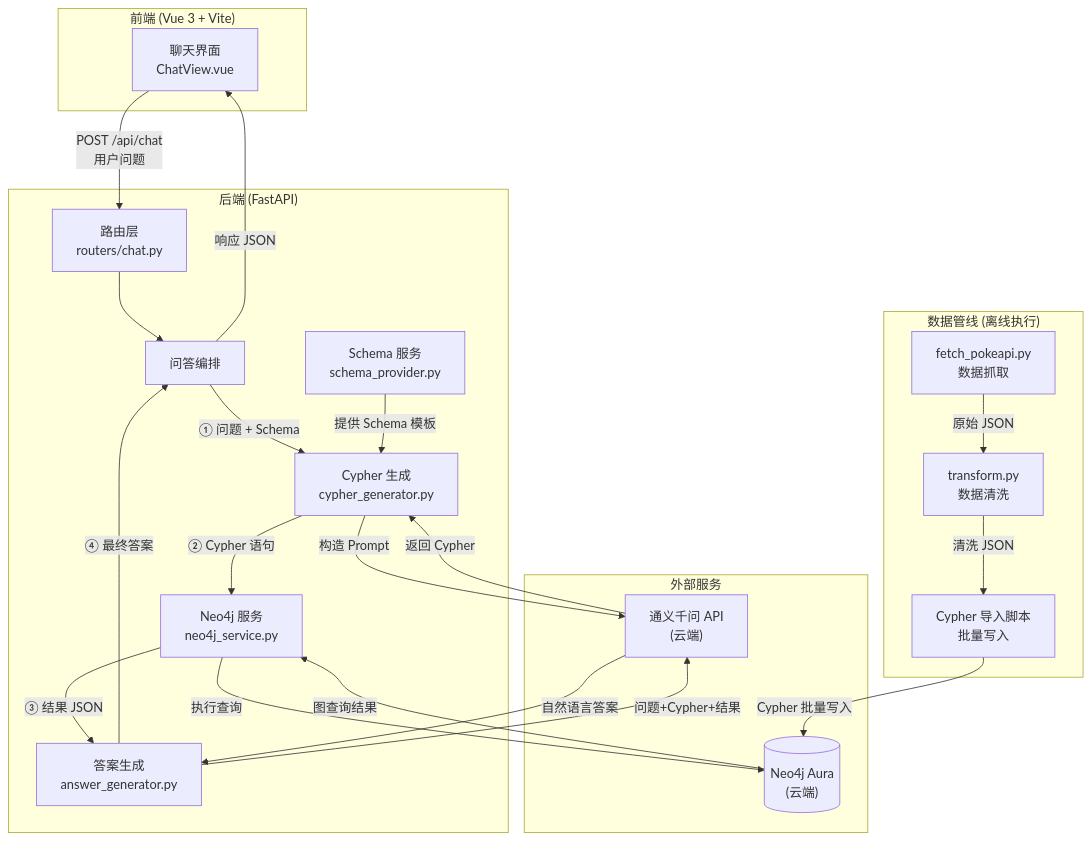
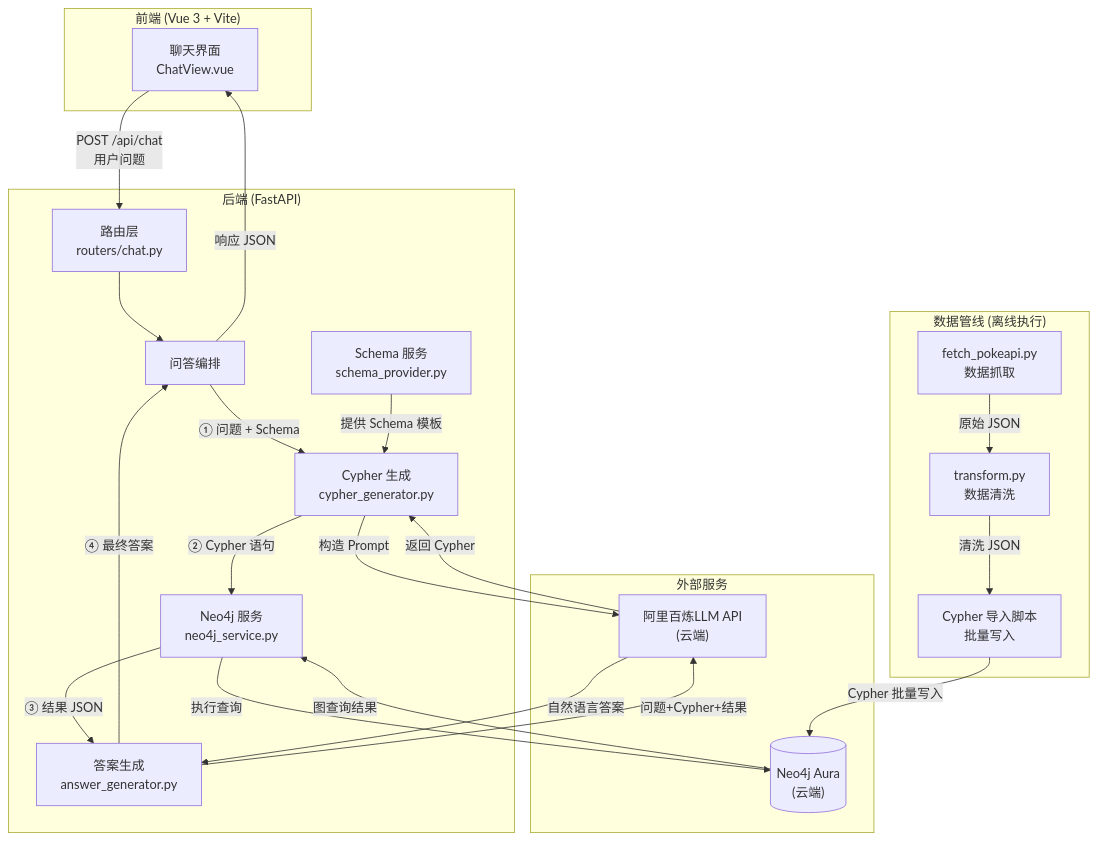
One commit to Jinhan-Li/PokeBase changed the first of 3 diagrams in docs/计划.md. Above: the diagram before and after it, drawn with Mermaid. The commit also changed 6 other files, not shown here.

````diff
--- a/docs/计划.md
+++ b/docs/计划.md
@@ -117,50 +117,50 @@
 ```mermaid
 flowchart TB
     subgraph Frontend["前端 (Vue 3 + Vite)"]
         UI["聊天界面<br/>ChatView.vue"]
     end
 
     subgraph Backend["后端 (FastAPI)"]
         Router["路由层<br/>routers/chat.py"]
         ChatSvc["问答编排"]
         CypherGen["Cypher 生成<br/>cypher_generator.py"]
         AnsGen["答案生成<br/>answer_generator.py"]
         Neo4jSvc["Neo4j 服务<br/>neo4j_service.py"]
         SchemaSvc["Schema 服务<br/>schema_provider.py"]
     end
 
     subgraph External["外部服务"]
-        LLM["通义千问 API<br/>(云端)"]
+        LLM["阿里百炼LLM API<br/>(云端)"]
         DB[("Neo4j Aura<br/>(云端)")]
     end
 
     subgraph Pipeline["数据管线 (离线执行)"]
         Fetch["fetch_pokeapi.py<br/>数据抓取"]
         Transform["transform.py<br/>数据清洗"]
         Import["Cypher 导入脚本<br/>批量写入"]
     end
 
     UI -->|"POST /api/chat<br/>用户问题"| Router
     Router --> ChatSvc
 
     ChatSvc -->|"① 问题 + Schema"| CypherGen
     CypherGen -->|"构造 Prompt"| LLM
     LLM -->|"返回 Cypher"| CypherGen
 
     CypherGen -->|"② Cypher 语句"| Neo4jSvc
     Neo4jSvc -->|"执行查询"| DB
     DB -->|"图查询结果"| Neo4jSvc
 
     Neo4jSvc -->|"③ 结果 JSON"| AnsGen
     AnsGen -->|"问题+Cypher+结果"| LLM
     LLM -->|"自然语言答案"| AnsGen
 
     AnsGen -->|"④ 最终答案"| ChatSvc
     ChatSvc -->|"响应 JSON"| UI
 
     SchemaSvc -->|"提供 Schema 模板"| CypherGen
 
     Fetch -->|"原始 JSON"| Transform
     Transform -->|"清洗 JSON"| Import
     Import -->|"Cypher 批量写入"| DB
 ```
````
